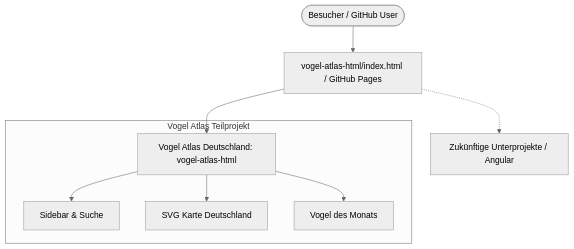
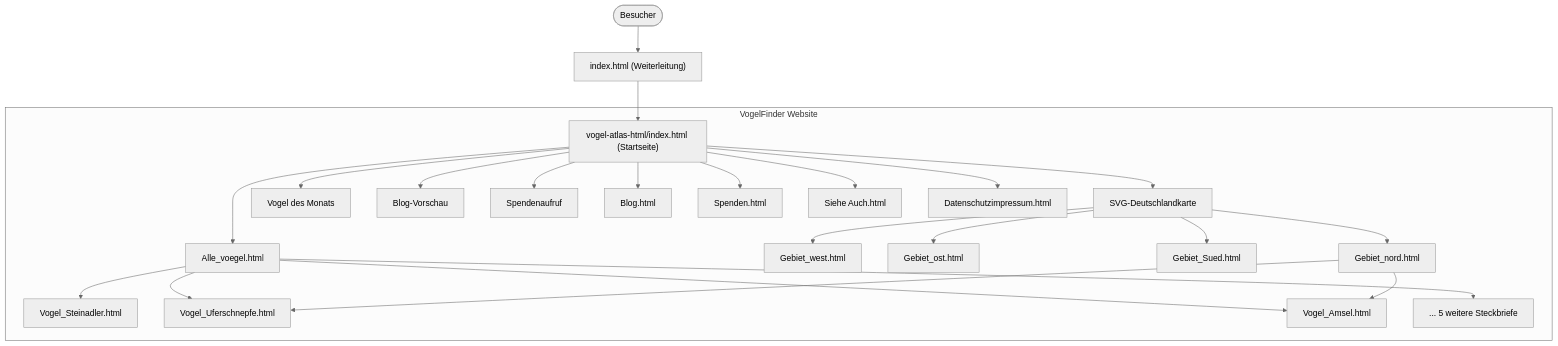
One commit to J-Moessmer/BITLC-Angular changed the second of 2 diagrams in README.md. Above: the diagram before and after it, drawn with Mermaid (neutral theme). The commit also changed other lines of this file and 4 other files, not shown here.

````diff
--- a/README.md
+++ b/README.md
@@ -67,12 +98,31 @@
 ```mermaid
 graph TD
-    User([Besucher / GitHub User]) --> Root[vogel-atlas-html/index.html / GitHub Pages]
-    Root --> Sub1[Vogel Atlas Deutschland: vogel-atlas-html]
-    Root -.-> Sub2[Zukünftige Unterprojekte / Angular]
+    User([Besucher]) --> Root["index.html (Weiterleitung)"]
+    Root --> Home["vogel-atlas-html/index.html (Startseite)"]
 
-    subgraph Vogel Atlas Teilprojekt
-        Sub1 --> Nav[Sidebar & Suche]
-        Sub1 --> Map[SVG Karte Deutschland]
-        Sub1 --> Card[Vogel des Monats]
+    subgraph VogelFinder Website
+        Home --> Map[SVG-Deutschlandkarte]
+        Home --> BotM[Vogel des Monats]
+        Home --> BlogP[Blog-Vorschau]
+        Home --> SpendenP[Spendenaufruf]
+
+        Map --> Nord[Gebiet_nord.html]
+        Map --> West[Gebiet_west.html]
+        Map --> Ost[Gebiet_ost.html]
+        Map --> Sued[Gebiet_Sued.html]
+
+        Home --> Alle[Alle_voegel.html]
+        Alle --> V1[Vogel_Steinadler.html]
+        Alle --> V2[Vogel_Uferschnepfe.html]
+        Alle --> V3[Vogel_Amsel.html]
+        Alle --> V4["... 5 weitere Steckbriefe"]
+
+        Nord --> V2
+        Nord --> V3
+
+        Home --> Blog[Blog.html]
+        Home --> Spenden[Spenden.html]
+        Home --> Siehe["Siehe Auch.html"]
+        Home --> DSGVO[Datenschutzimpressum.html]
     end
 ```
````
